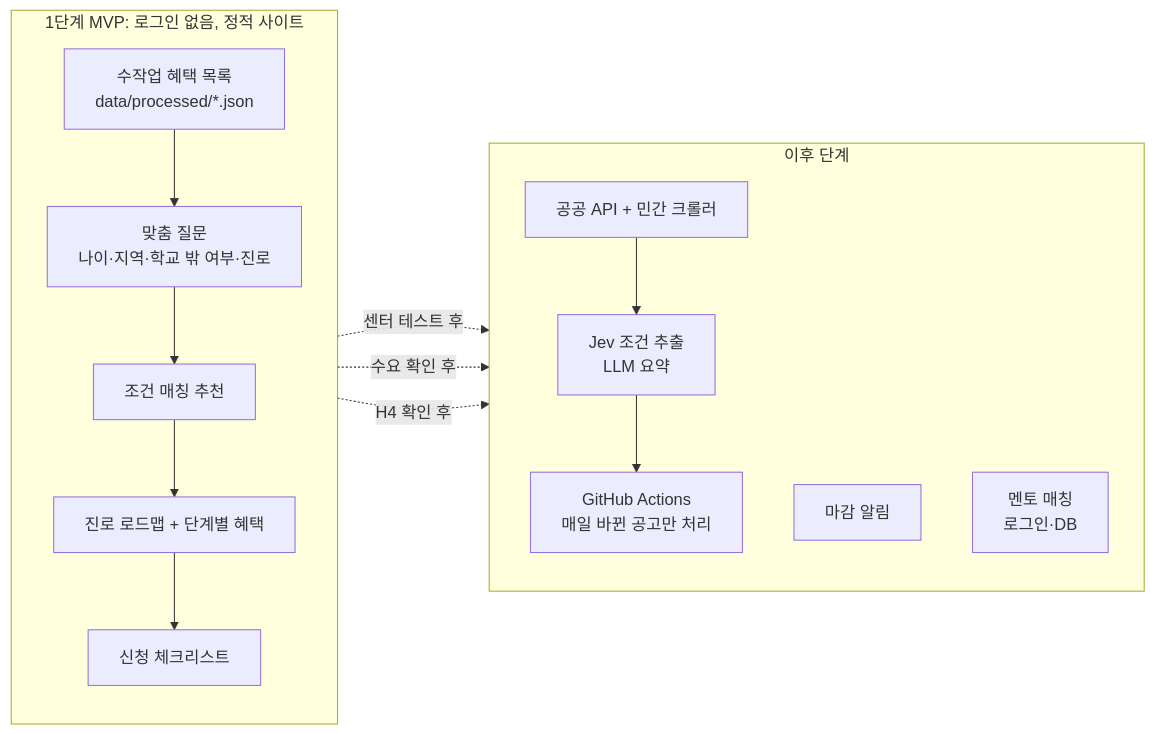
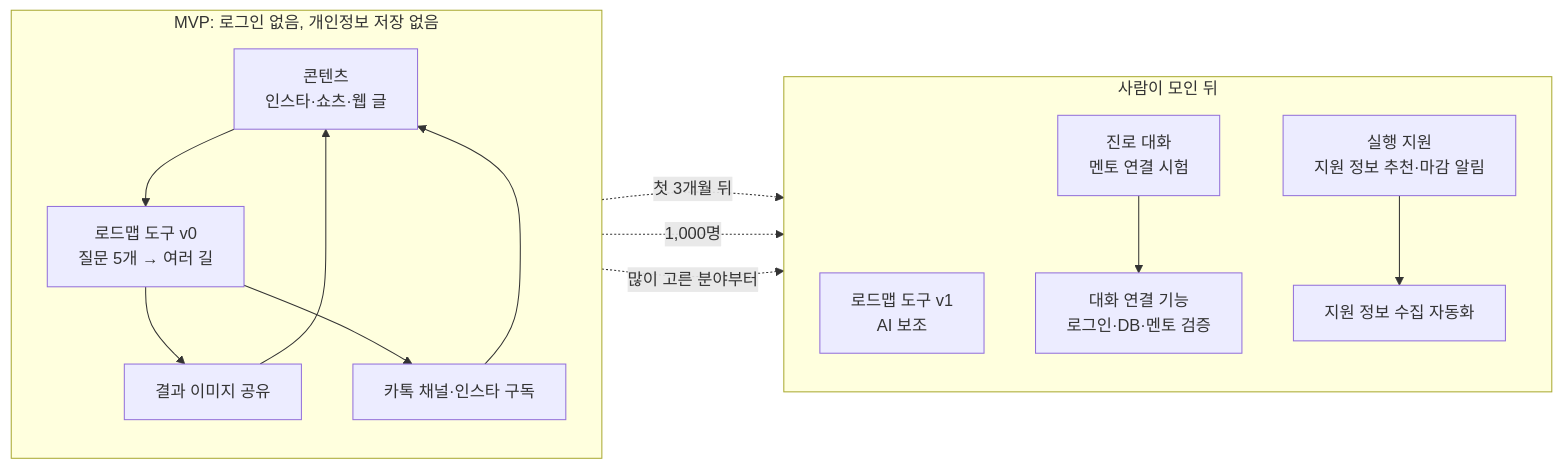
The third of 3 diagrams in docs/roadmap.md (Sweet-Butters/youth-benefit-finder), drawn with Mermaid before and after one commit. The commit also changed other lines of this file and 6 other files, not shown here.

First line of the commit message:
Redraw roadmap in Mermaid for the new direction and drop old images

````diff
--- a/docs/roadmap.md
+++ b/docs/roadmap.md
@@ -82,22 +73,26 @@
 ```mermaid
 flowchart LR
-    subgraph MVP["1단계 MVP: 로그인 없음, 정적 사이트"]
+    subgraph MVP["MVP: 로그인 없음, 개인정보 저장 없음"]
         direction TB
-        S1["수작업 혜택 목록<br/>data/processed/*.json"] --> S2["맞춤 질문<br/>나이·지역·학교 밖 여부·진로"]
-        S2 --> S3["조건 매칭 추천"]
-        S3 --> S4["진로 로드맵 + 단계별 혜택"]
-        S4 --> S5["신청 체크리스트"]
+        M1["콘텐츠<br/>인스타·쇼츠·웹 글"] --> M2["로드맵 도구 v0<br/>질문 5개 → 여러 길"]
+        M2 --> M3["결과 이미지 공유"]
+        M2 --> M4["카톡 채널·인스타 구독"]
+        M3 --> M1
+        M4 --> M1
     end
 
-    subgraph LATER["이후 단계"]
+    subgraph LATER["사람이 모인 뒤"]
         direction TB
-        L1["공공 API + 민간 크롤러"] --> L2["Jev 조건 추출<br/>LLM 요약"]
-        L2 --> L3["GitHub Actions<br/>매일 바뀐 공고만 처리"]
-        L4["마감 알림"]
-        L5["멘토 매칭<br/>로그인·DB"]
+        L1["로드맵 도구 v1<br/>AI 보조"]
+        L2["진로 대화<br/>멘토 연결 시험"]
+        L3["실행 지원<br/>지원 정보 추천·마감 알림"]
+        L4["대화 연결 기능<br/>로그인·DB·멘토 검증"]
+        L5["지원 정보 수집 자동화"]
+        L2 --> L4
+        L3 --> L5
     end
 
-    S5 -. "센터 테스트 후" .-> L1
-    S5 -. "수요 확인 후" .-> L4
-    S3 -. "H4 확인 후" .-> L5
+    M2 -. "첫 3개월 뒤" .-> L1
+    M4 -. "1,000명" .-> L2
+    M2 -. "많이 고른 분야부터" .-> L3
 ```
````
